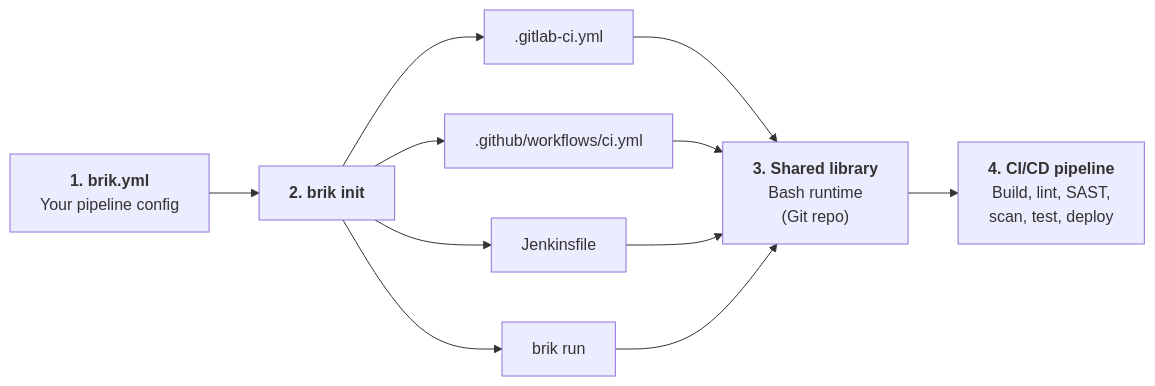
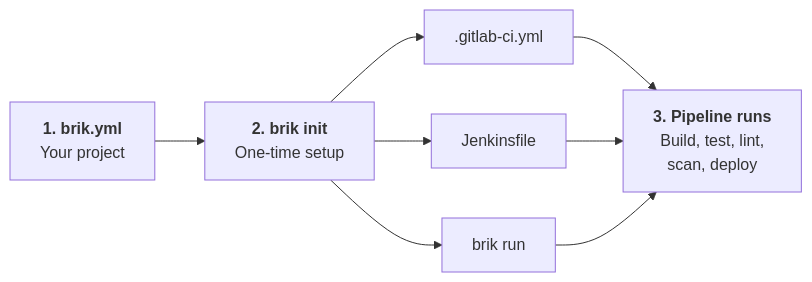
Before and after one commit to getbrik/brik: the first of 2 diagrams in README.md, drawn with Mermaid. The commit also changed other lines of this file and 4 other files, not shown here.

````diff
--- a/README.md
+++ b/README.md
@@ -41,22 +71,17 @@
 ```mermaid
 flowchart LR
-    A["<b>1. brik.yml</b><br/>Your pipeline config"]
-    B["<b>2. brik init</b>"]
+    A["<b>1. brik.yml</b><br/>Your project"]
+    B["<b>2. brik init</b><br/>One-time setup"]
     GL[".gitlab-ci.yml"]
-    GH[".github/workflows/ci.yml"]
     JK["Jenkinsfile"]
     LO["brik run"]
-    C["<b>3. Shared library</b><br/>Bash runtime<br/>(Git repo)"]
-    D["<b>4. CI/CD pipeline</b><br/>Build, lint, SAST,<br/>scan, test, deploy"]
+    C["<b>3. Pipeline runs</b><br/>Build, test, lint,<br/>scan, deploy"]
 
     A --> B
     B --> GL
-    B --> GH
     B --> JK
     B --> LO
     GL --> C
-    GH --> C
     JK --> C
     LO --> C
-    C --> D
 ```
````
